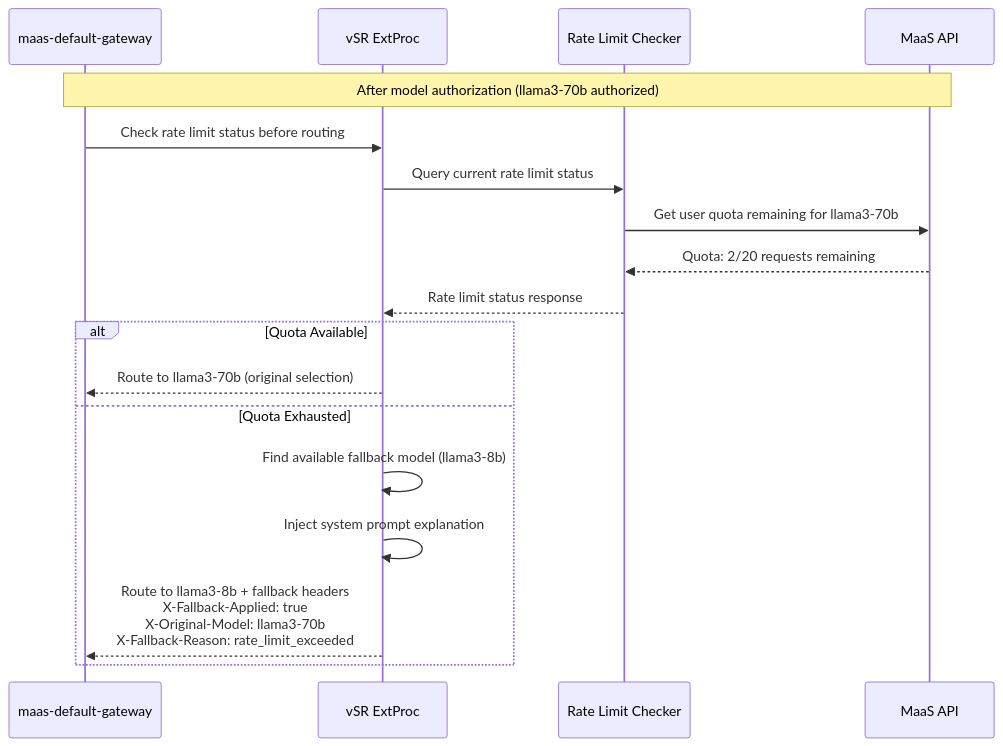
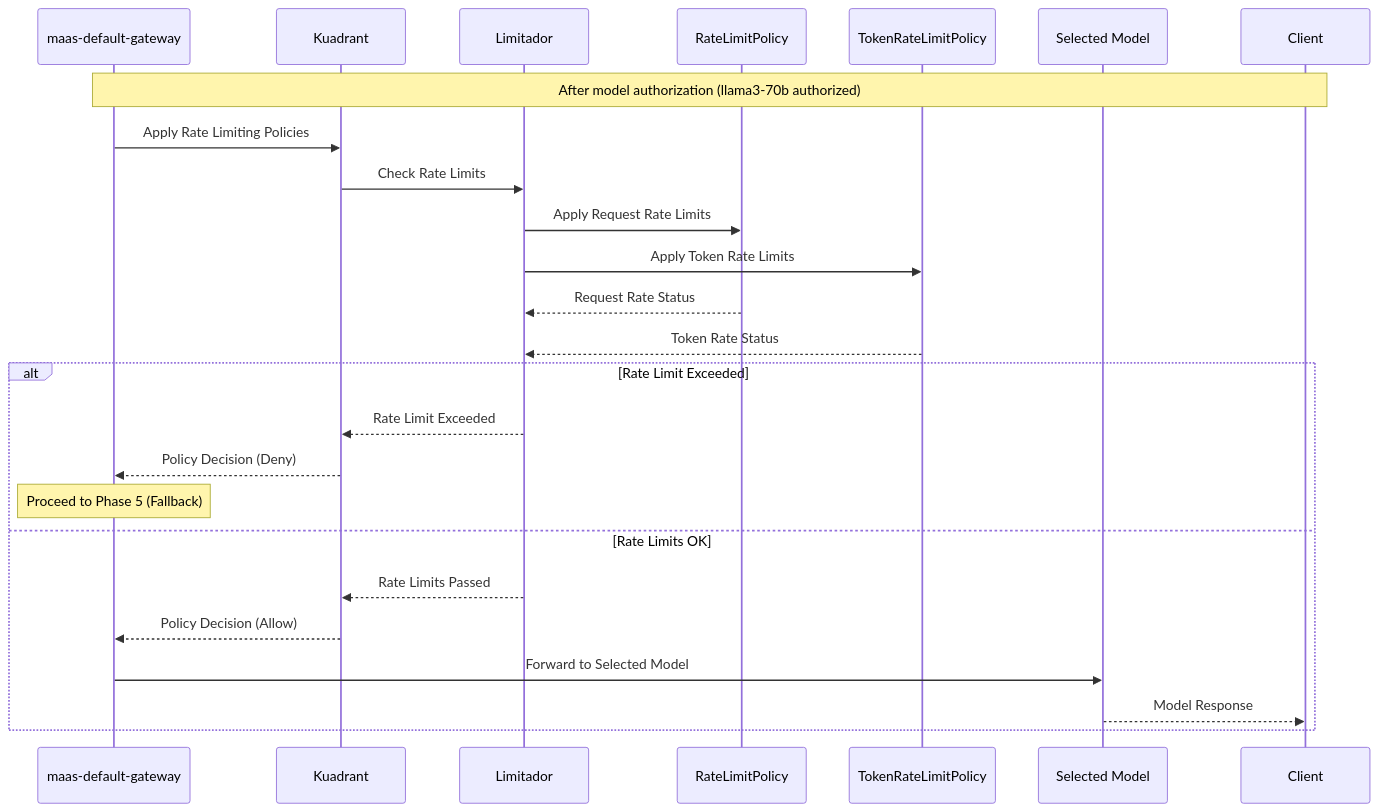
Before and after one commit to noyitz/maas-billing: diagram 12 of 15 in docs/designs/vSR-Integration/README.md, drawn with Mermaid. The commit also changed other lines of this file, not shown here.

Commit message:
Fix phase ordering: move Adaptive Fallback to Phase 5
- Moved Adaptive Fallback Logic from Phase 3.5 to Phase 5
- Fallback now occurs AFTER rate limiting fails, not before
- Updated sequence diagram to show fallback triggered by rate limit denial
- Corrected core integration scope to Phases 1-5
- Dynamic billing moved to Phase 6 (future extension)

🤖 Generated with [Claude Code](https://claude.ai/code)

````diff
--- a/docs/designs/vSR-Integration/README.md
+++ b/docs/designs/vSR-Integration/README.md
@@ -456,22 +456,29 @@
 ```mermaid
 sequenceDiagram
     participant Gateway as maas-default-gateway
-    participant vSR as vSR ExtProc
-    participant Limitador as Rate Limit Checker
-    participant MaaS as MaaS API
+    participant Kuadrant
+    participant Limitador
+    participant RateLimitPolicy
+    participant TokenRateLimitPolicy
+    participant KServe as Selected Model
+    participant Client
     
-    Note over Gateway,MaaS: After model authorization (llama3-70b authorized)
-    Gateway->>vSR: Check rate limit status before routing
-    vSR->>Limitador: Query current rate limit status
-    Limitador->>MaaS: Get user quota remaining for llama3-70b
-    MaaS-->>Limitador: Quota: 2/20 requests remaining
-    Limitador-->>vSR: Rate limit status response
+    Note over Gateway,Client: After model authorization (llama3-70b authorized)
+    Gateway->>Kuadrant: Apply Rate Limiting Policies
+    Kuadrant->>Limitador: Check Rate Limits
+    Limitador->>RateLimitPolicy: Apply Request Rate Limits
+    Limitador->>TokenRateLimitPolicy: Apply Token Rate Limits
+    RateLimitPolicy-->>Limitador: Request Rate Status
+    TokenRateLimitPolicy-->>Limitador: Token Rate Status
     
-    alt Quota Available
-        vSR-->>Gateway: Route to llama3-70b (original selection)
-    else Quota Exhausted
-        vSR->>vSR: Find available fallback model (llama3-8b)
-        vSR->>vSR: Inject system prompt explanation
-        vSR-->>Gateway: Route to llama3-8b + fallback headers<br/>X-Fallback-Applied: true<br/>X-Original-Model: llama3-70b<br/>X-Fallback-Reason: rate_limit_exceeded
+    alt Rate Limit Exceeded
+        Limitador-->>Kuadrant: Rate Limit Exceeded
+        Kuadrant-->>Gateway: Policy Decision (Deny)
+        Note over Gateway: Proceed to Phase 5 (Fallback)
+    else Rate Limits OK
+        Limitador-->>Kuadrant: Rate Limits Passed
+        Kuadrant-->>Gateway: Policy Decision (Allow)
+        Gateway->>KServe: Forward to Selected Model
+        KServe-->>Client: Model Response
     end
 ```
````
